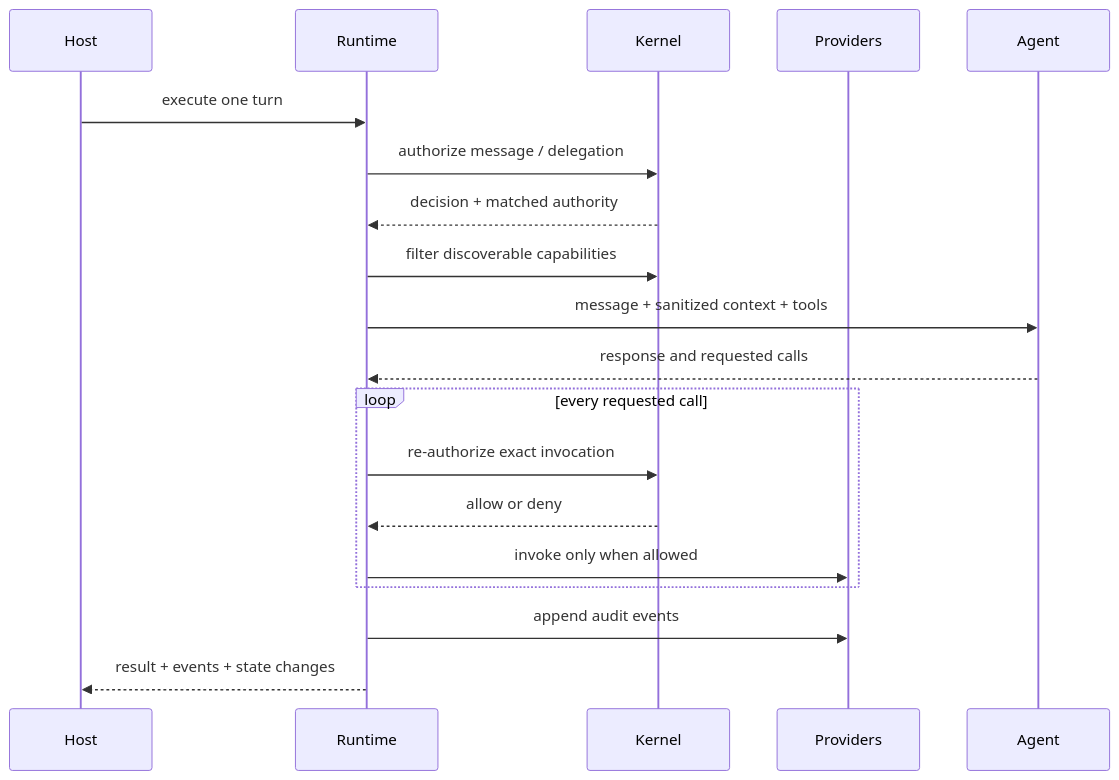
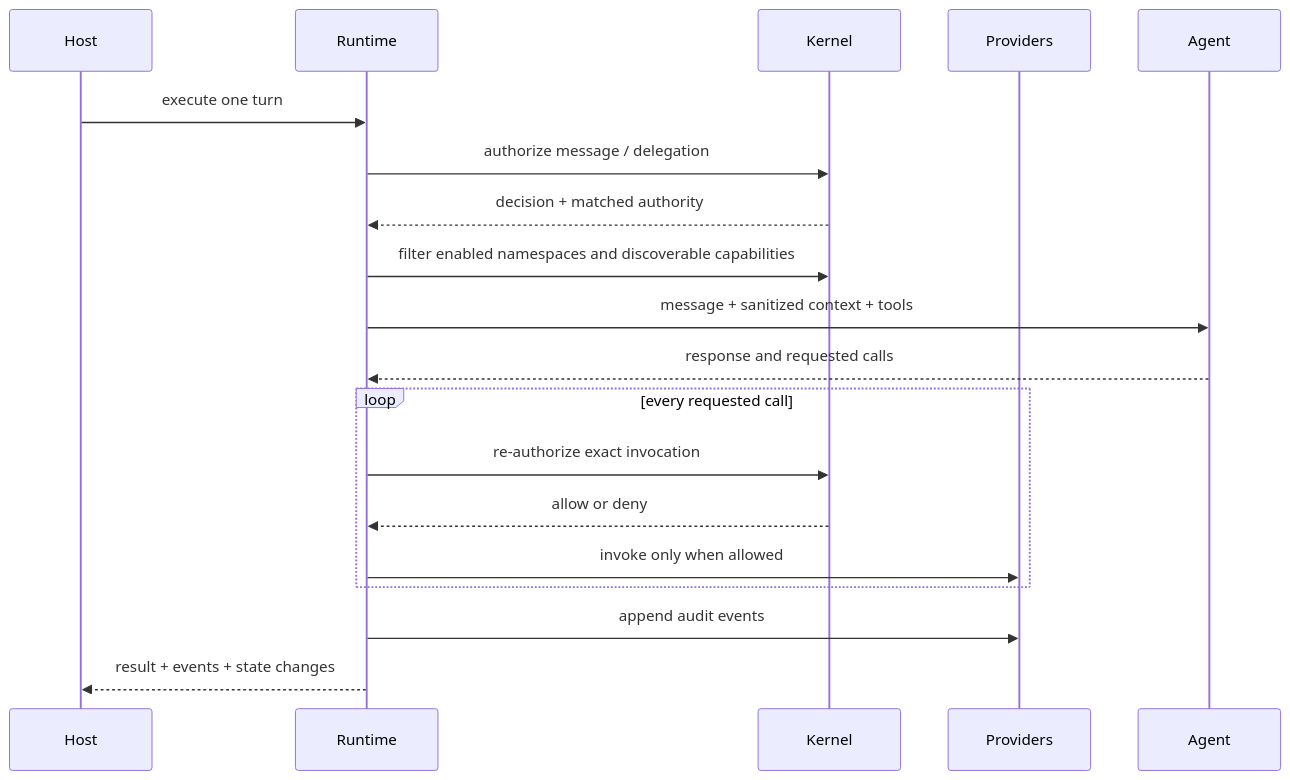
One commit to Aicoo-Team/SharedOS changed the second of 2 diagrams in docs/architecture.md. Above: the diagram before and after it, drawn with Mermaid. The commit also changed other lines of this file and 35 other files, not shown here.

````diff
--- a/docs/architecture.md
+++ b/docs/architecture.md
@@ -184,22 +221,22 @@
 ```mermaid
 sequenceDiagram
   participant Host
   participant Runtime
   participant Kernel
   participant Providers
   participant Agent
 
   Host->>Runtime: execute one turn
   Runtime->>Kernel: authorize message / delegation
   Kernel-->>Runtime: decision + matched authority
-  Runtime->>Kernel: filter discoverable capabilities
+  Runtime->>Kernel: filter enabled namespaces and discoverable capabilities
   Runtime->>Agent: message + sanitized context + tools
   Agent-->>Runtime: response and requested calls
   loop every requested call
     Runtime->>Kernel: re-authorize exact invocation
     Kernel-->>Runtime: allow or deny
     Runtime->>Providers: invoke only when allowed
   end
   Runtime->>Providers: append audit events
   Runtime-->>Host: result + events + state changes
 ```
````
